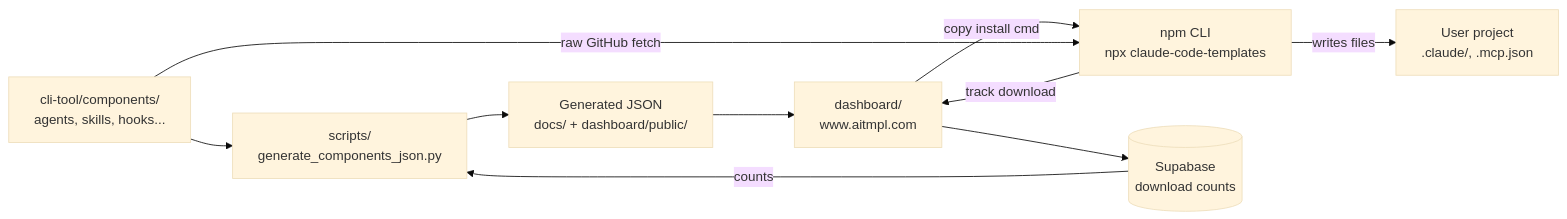
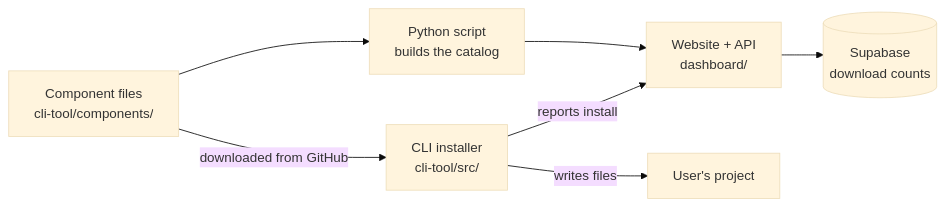
Before and after one commit to anshuldevx/claude-code-templates: the first of 2 diagrams in ARCHITECTURE.md, drawn with Mermaid (base theme). The commit also changed other lines of this file, not shown here.

````diff
--- a/ARCHITECTURE.md
+++ b/ARCHITECTURE.md
@@ -11,17 +32,14 @@
 ```mermaid
 flowchart LR
-    C["cli-tool/components/<br/>agents, skills, hooks..."]
-    G["scripts/<br/>generate_components_json.py"]
-    J["Generated JSON<br/>docs/ + dashboard/public/"]
-    D["dashboard/<br/>www.aitmpl.com"]
-    CLI["npm CLI<br/>npx claude-code-templates"]
-    P["User project<br/>.claude/, .mcp.json"]
-    S[("Supabase<br/>download counts")]
-    C --> G --> J --> D
-    D -->|copy install cmd| CLI
-    C -->|raw GitHub fetch| CLI
-    CLI -->|writes files| P
-    CLI -->|track download| D
-    D --> S
-    S -->|counts| G
+    F["Component files<br/>cli-tool/components/"]
+    S["Python script<br/>builds the catalog"]
+    W["Website + API<br/>dashboard/"]
+    C["CLI installer<br/>cli-tool/src/"]
+    U["User's project"]
+    DB[("Supabase<br/>download counts")]
+    F --> S --> W
+    F -->|downloaded from GitHub| C
+    C -->|writes files| U
+    C -->|reports install| W
+    W --> DB
 ```
````
